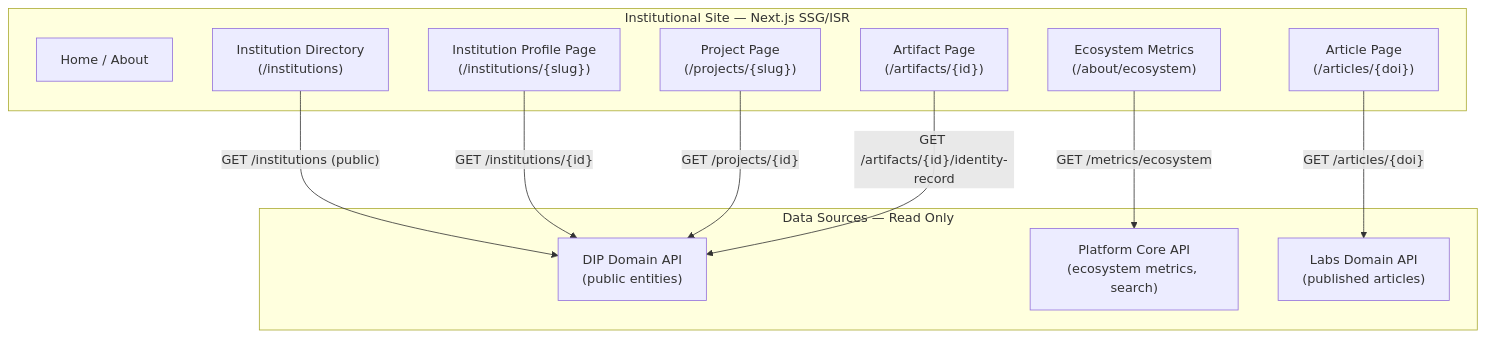
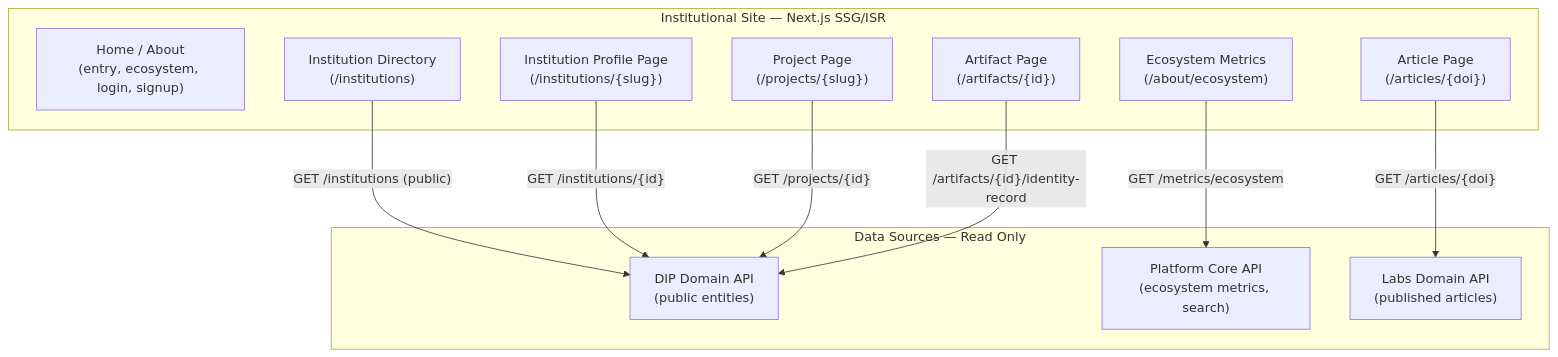
One commit to syntropy-cc/syntropy-platform changed the second of 2 diagrams in docs/architecture/platform/institutional-site/ARCHITECTURE.md. Above: the diagram before and after it, drawn with Mermaid. The commit also changed other lines of this file and 7 other files, not shown here.

First line of the commit message:
Update Architecture Documentation to Define Platform as Technical Foundation

````diff
--- a/docs/architecture/platform/institutional-site/ARCHITECTURE.md
+++ b/docs/architecture/platform/institutional-site/ARCHITECTURE.md
@@ -22,25 +50,25 @@
 ```mermaid
 graph TB
     subgraph instSite [Institutional Site — Next.js SSG/ISR]
-        HOME["Home / About"]
+        HOME["Home / About\n(entry, ecosystem, login, signup)"]
         INST_DIR["Institution Directory\n(/institutions)"]
         INST_PAGE["Institution Profile Page\n(/institutions/{slug})"]
         PROJECT_PAGE["Project Page\n(/projects/{slug})"]
         ARTIFACT_PAGE["Artifact Page\n(/artifacts/{id})"]
         ARTICLE_PAGE["Article Page\n(/articles/{doi})"]
         ECOSYSTEM_METRICS["Ecosystem Metrics\n(/about/ecosystem)"]
     end
 
     subgraph dataSources [Data Sources — Read Only]
         DIP_API["DIP Domain API\n(public entities)"]
         PLAT_CORE_API["Platform Core API\n(ecosystem metrics, search)"]
         LABS_API["Labs Domain API\n(published articles)"]
     end
 
     INST_DIR -->|"GET /institutions (public)"| DIP_API
     INST_PAGE -->|"GET /institutions/{id}"| DIP_API
     PROJECT_PAGE -->|"GET /projects/{id}"| DIP_API
     ARTIFACT_PAGE -->|"GET /artifacts/{id}/identity-record"| DIP_API
     ARTICLE_PAGE -->|"GET /articles/{doi}"| LABS_API
     ECOSYSTEM_METRICS -->|"GET /metrics/ecosystem"| PLAT_CORE_API
 ```
````
